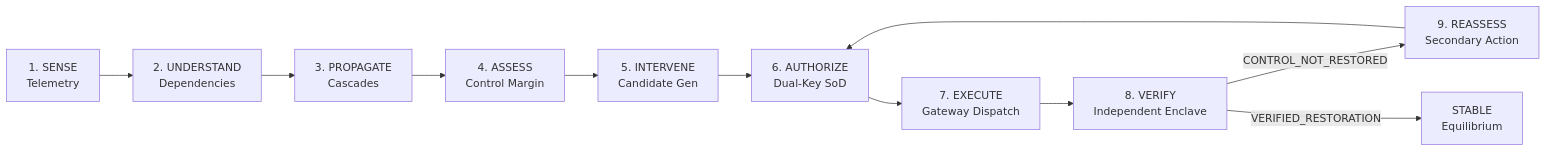
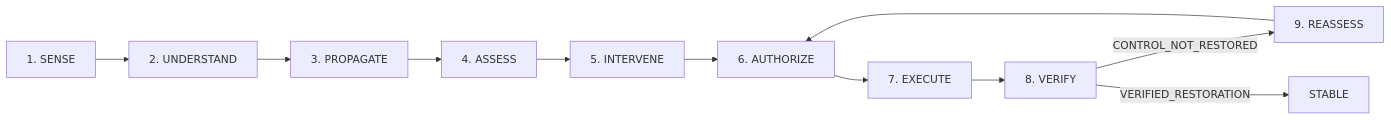
Before and after one commit to inesh-2384/datathonproject: the first of 2 diagrams in README.md, drawn with Mermaid. The commit also changed other lines of this file, not shown here.

````diff
--- a/README.md
+++ b/README.md
@@ -63,13 +60,13 @@
 ```mermaid
 flowchart LR
-    Sense["1. SENSE<br/>Telemetry"] --> Understand["2. UNDERSTAND<br/>Dependencies"]
-    Understand --> Propagate["3. PROPAGATE<br/>Cascades"]
-    Propagate --> Assess["4. ASSESS<br/>Control Margin"]
-    Assess --> Intervene["5. INTERVENE<br/>Candidate Gen"]
-    Intervene --> Authorize["6. AUTHORIZE<br/>Dual-Key SoD"]
-    Authorize --> Execute["7. EXECUTE<br/>Gateway Dispatch"]
-    Execute --> Verify["8. VERIFY<br/>Independent Enclave"]
-    Verify -->|CONTROL_NOT_RESTORED| Reassess["9. REASSESS<br/>Secondary Action"]
+    Sense["1. SENSE"] --> Understand["2. UNDERSTAND"]
+    Understand --> Propagate["3. PROPAGATE"]
+    Propagate --> Assess["4. ASSESS"]
+    Assess --> Intervene["5. INTERVENE"]
+    Intervene --> Authorize["6. AUTHORIZE"]
+    Authorize --> Execute["7. EXECUTE"]
+    Execute --> Verify["8. VERIFY"]
+    Verify -->|CONTROL_NOT_RESTORED| Reassess["9. REASSESS"]
     Reassess --> Authorize
-    Verify -->|VERIFIED_RESTORATION| Stable["STABLE<br/>Equilibrium"]
+    Verify -->|VERIFIED_RESTORATION| Stable["STABLE"]
 ```
````
